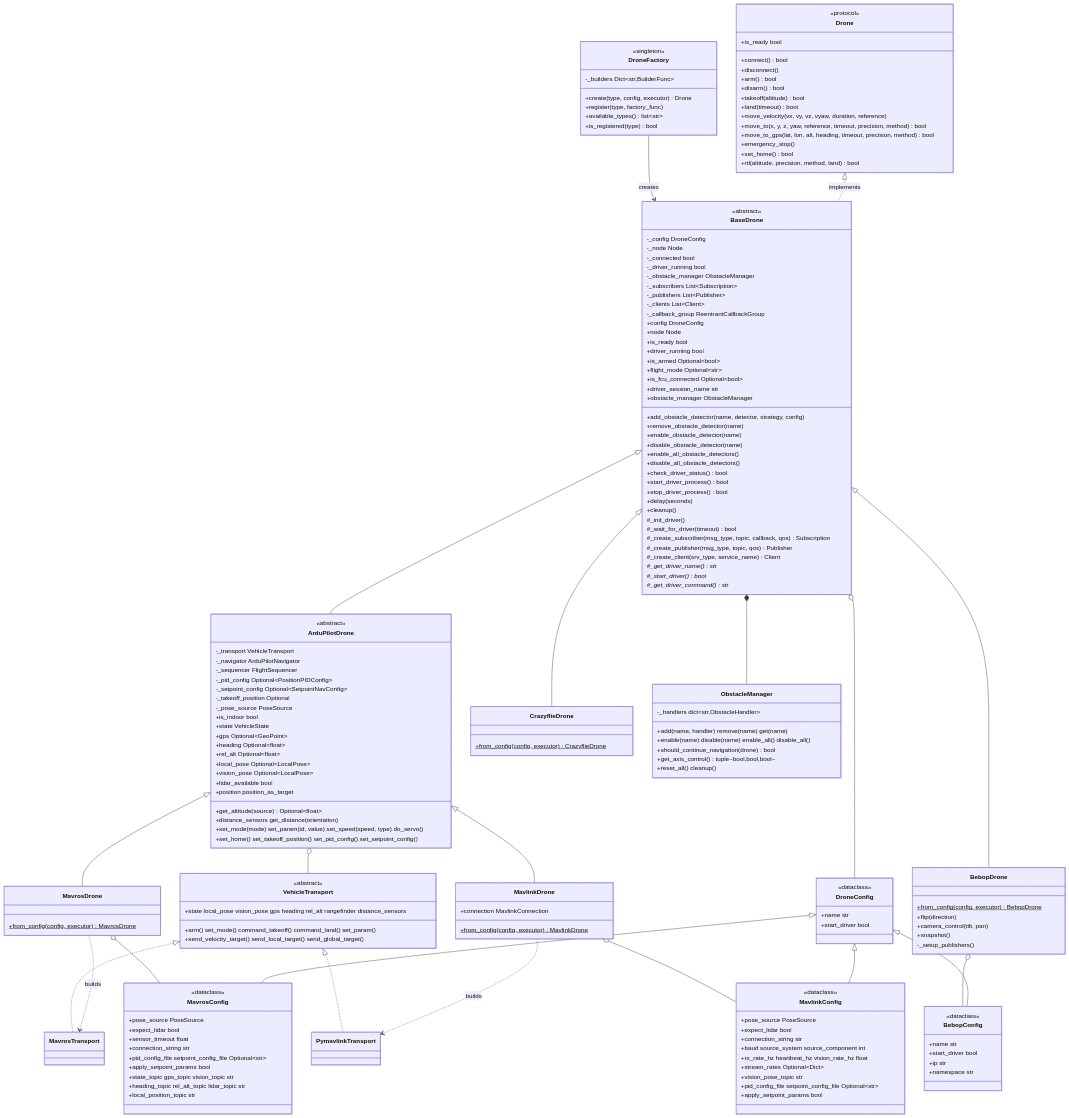
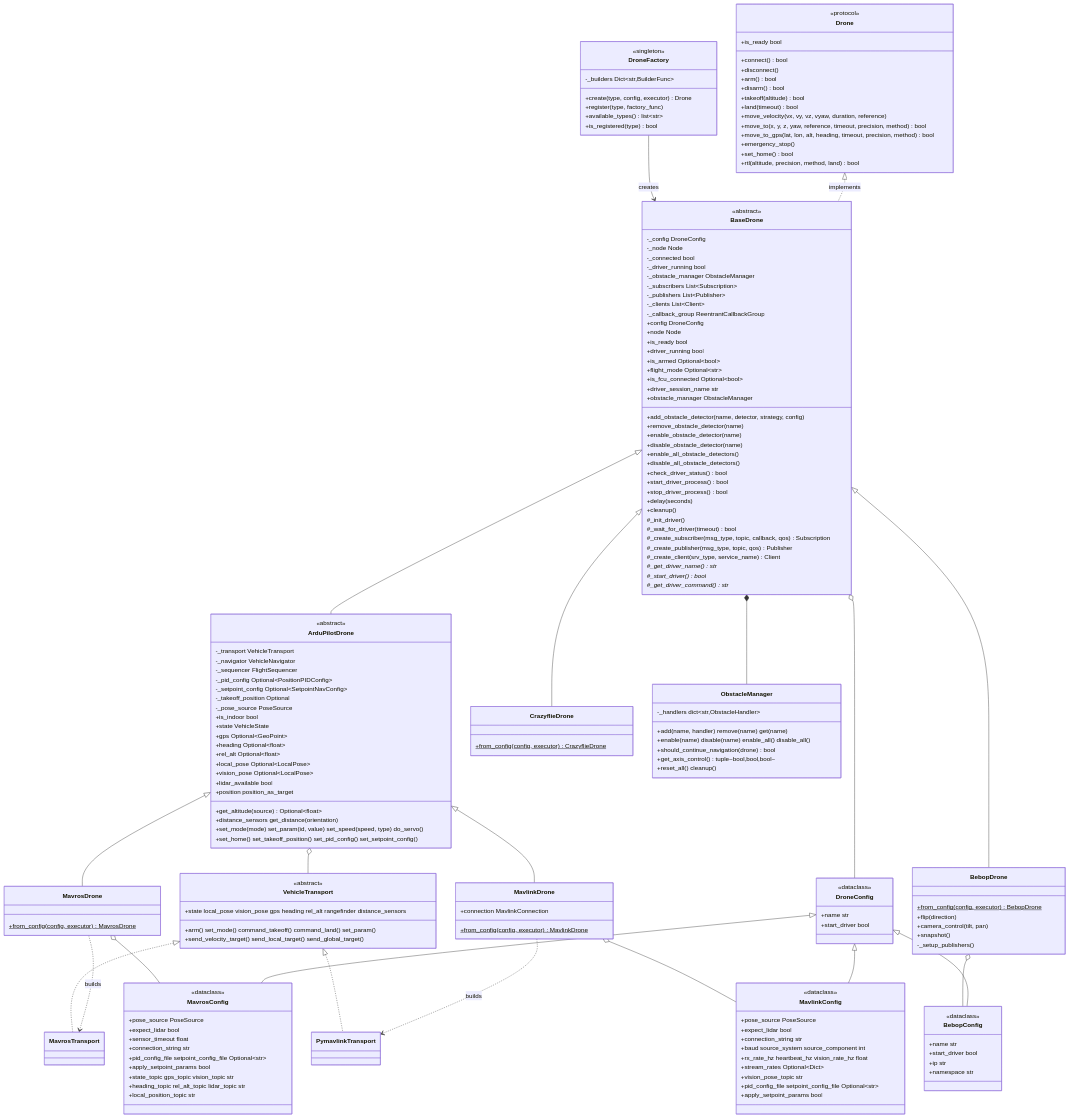
Before and after one commit to Black-Bee-Drones/nectar-sdk: the diagram in nectar/nectar/control/README.md, drawn with Mermaid. The commit also changed other lines of this file and 10 other files, not shown here.

```diff
--- a/nectar/nectar/control/README.md
+++ b/nectar/nectar/control/README.md
@@ -93,7 +93,7 @@
     class ArduPilotDrone {
         <<abstract>>
         -_transport VehicleTransport
-        -_navigator ArduPilotNavigator
+        -_navigator VehicleNavigator
         -_sequencer FlightSequencer
         -_pid_config Optional~PositionPIDConfig~
         -_setpoint_config Optional~SetpointNavConfig~
```
